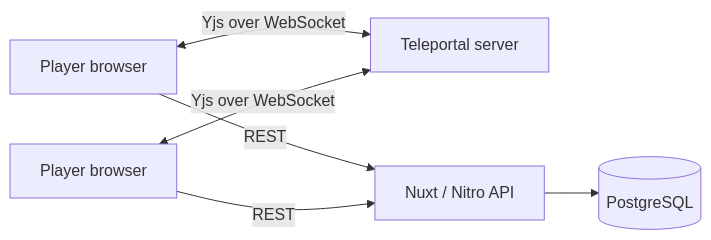
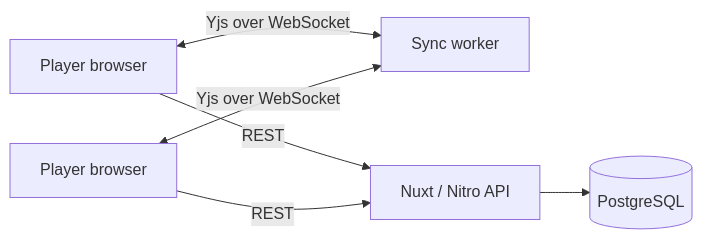
The diagram in README.md (PPO-GG/unfit-for-print), drawn with Mermaid before and after one commit. The commit also changed other lines of this file and 56 other files, not shown here.

````diff
--- a/README.md
+++ b/README.md
@@ -89,8 +89,8 @@
 ```mermaid
 flowchart LR
-    B1[Player browser] <-- Yjs over WebSocket --> T[Teleportal server]
+    B1[Player browser] <-- Yjs over WebSocket --> T[Sync worker]
     B2[Player browser] <-- Yjs over WebSocket --> T
     B1 -- REST --> W[Nuxt / Nitro API]
     B2 -- REST --> W
     W --> DB[(PostgreSQL)]
 ```
````
